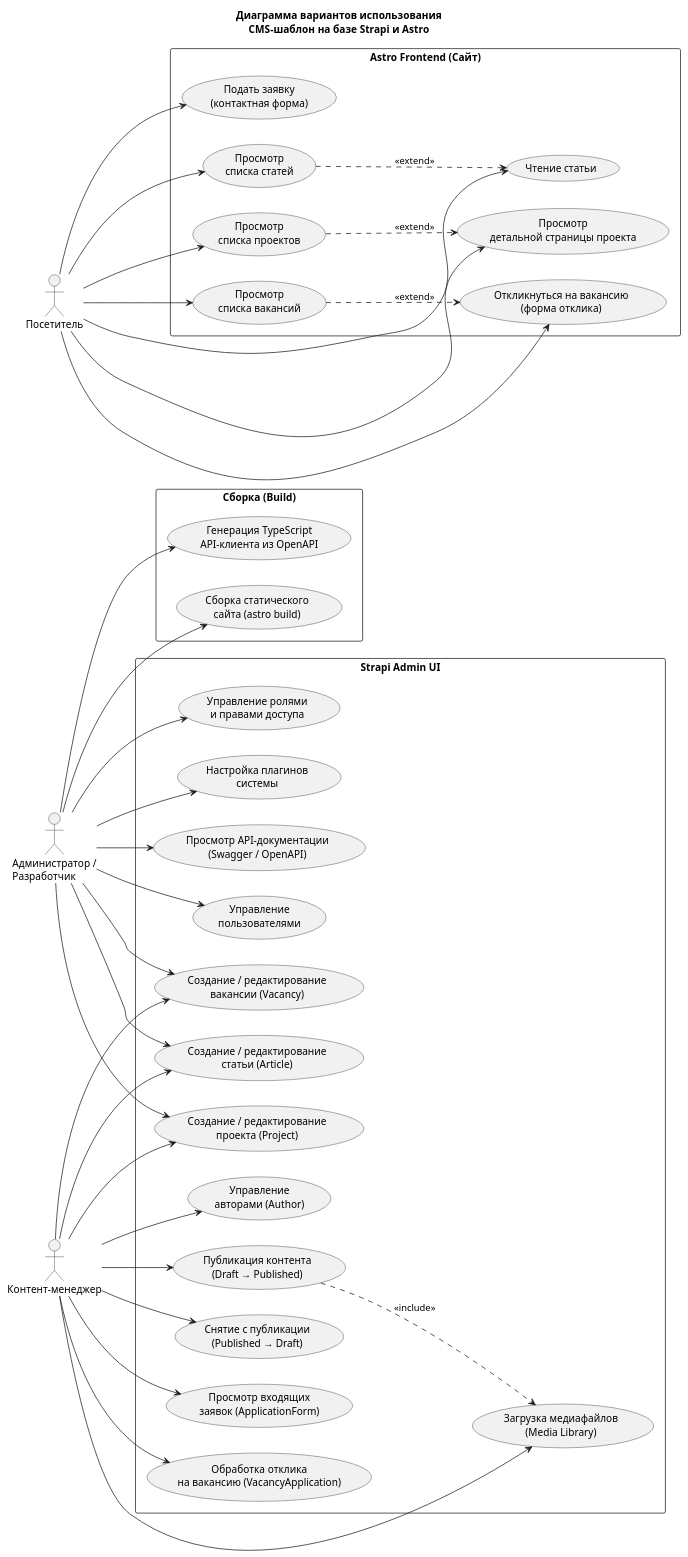
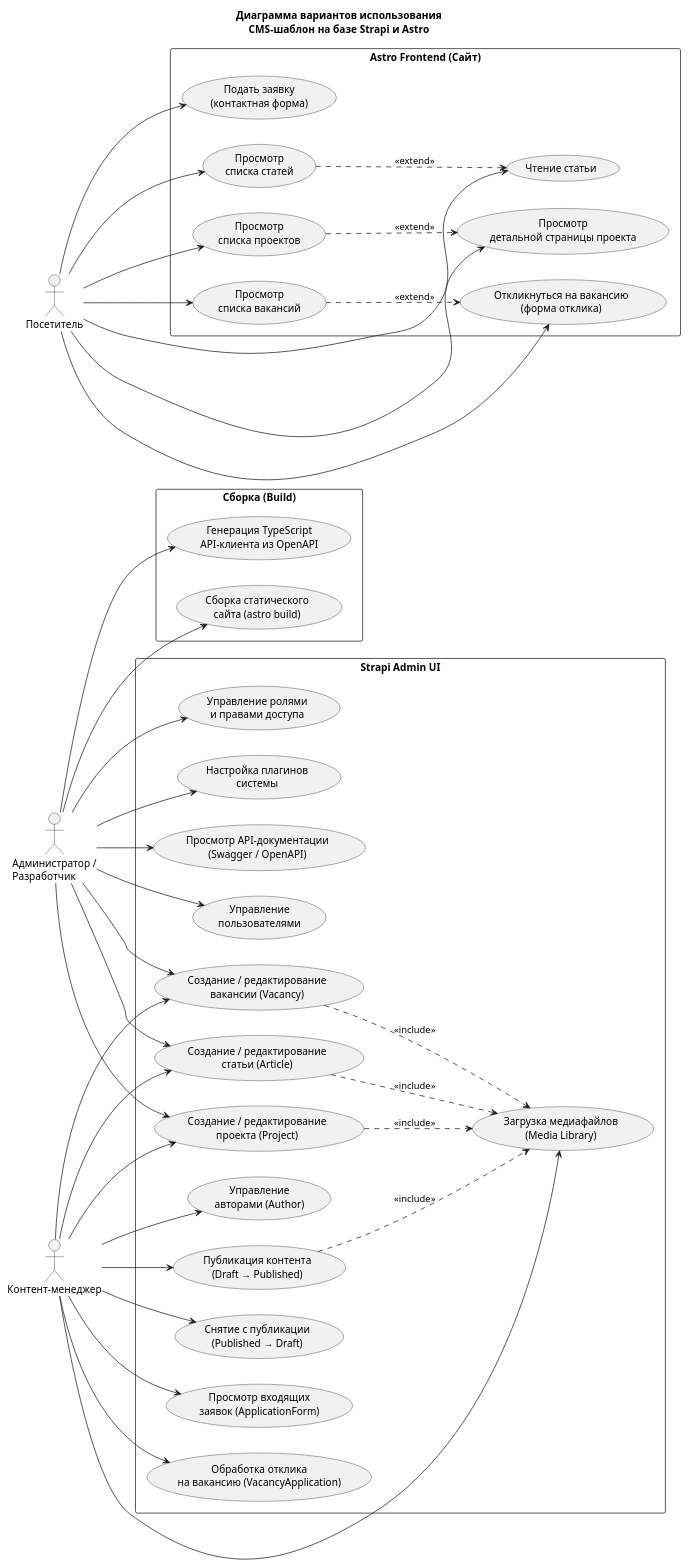
One commit to ArthurNyan/8sem_work changed the diagram in uml/01_use_case.puml. Above: the diagram before and after it, drawn with PlantUML. The commit also changed 7 other files, not shown here.

First line of the commit message:
Update UML diagrams and add project presentation materials

```diff
--- a/uml/01_use_case.puml
+++ b/uml/01_use_case.puml
@@ -1,85 +1,88 @@
 @startuml use_case
 
 title Диаграмма вариантов использования\nCMS-шаблон на базе Strapi и Astro
 
 left to right direction
 
 actor "Администратор /\nРазработчик" as Admin
 actor "Контент-менеджер" as CM
 actor "Посетитель" as Visitor
 
 rectangle "Strapi Admin UI" {
     usecase "Управление ролями\nи правами доступа" as UC_Roles
     usecase "Настройка плагинов\nсистемы" as UC_Plugins
     usecase "Просмотр API-документации\n(Swagger / OpenAPI)" as UC_Docs
     usecase "Управление\nпользователями" as UC_Users
 
     usecase "Создание / редактирование\nстатьи (Article)" as UC_Article
     usecase "Создание / редактирование\nпроекта (Project)" as UC_Project
     usecase "Создание / редактирование\nвакансии (Vacancy)" as UC_Vacancy
     usecase "Управление\nавторами (Author)" as UC_Author
     usecase "Загрузка медиафайлов\n(Media Library)" as UC_Media
     usecase "Публикация контента\n(Draft → Published)" as UC_Publish
     usecase "Снятие с публикации\n(Published → Draft)" as UC_Unpublish
     usecase "Просмотр входящих\nзаявок (ApplicationForm)" as UC_ViewApplications
     usecase "Обработка отклика\nна вакансию (VacancyApplication)" as UC_ViewVacancyApps
 }
 
 rectangle "Astro Frontend (Сайт)" {
     usecase "Просмотр\nсписка статей" as UC_Articles
     usecase "Чтение статьи" as UC_ArticleDetail
     usecase "Просмотр\nсписка проектов" as UC_Projects
     usecase "Просмотр\nдетальной страницы проекта" as UC_ProjectDetail
     usecase "Просмотр\nсписка вакансий" as UC_Vacancies
     usecase "Подать заявку\n(контактная форма)" as UC_ContactForm
     usecase "Откликнуться на вакансию\n(форма отклика)" as UC_VacancyForm
 }
 
 rectangle "Сборка (Build)" {
     usecase "Генерация TypeScript\nAPI-клиента из OpenAPI" as UC_GenAPI
     usecase "Сборка статического\nсайта (astro build)" as UC_Build
 }
 
 ' Администратор
 Admin --> UC_Roles
 Admin --> UC_Plugins
 Admin --> UC_Docs
 Admin --> UC_Users
 Admin --> UC_GenAPI
 Admin --> UC_Build
 
 ' Контент-менеджер
 CM --> UC_Article
 CM --> UC_Project
 CM --> UC_Vacancy
 CM --> UC_Author
 CM --> UC_Media
 CM --> UC_Publish
 CM --> UC_Unpublish
 
 ' Публикация включает загрузку медиа
 UC_Publish ..> UC_Media : <<include>>
+UC_Article ..> UC_Media : <<include>>
+UC_Project ..> UC_Media : <<include>>
+UC_Vacancy ..> UC_Media : <<include>>
 
 ' Посетитель
 Visitor --> UC_Articles
 Visitor --> UC_ArticleDetail
 Visitor --> UC_Projects
 Visitor --> UC_ProjectDetail
 Visitor --> UC_Vacancies
 Visitor --> UC_ContactForm
 Visitor --> UC_VacancyForm
 
 UC_Articles ..> UC_ArticleDetail : <<extend>>
 UC_Projects ..> UC_ProjectDetail : <<extend>>
 UC_Vacancies ..> UC_VacancyForm : <<extend>>
 
 ' Контент-менеджер обрабатывает входящие заявки
 CM --> UC_ViewApplications
 CM --> UC_ViewVacancyApps
 
 ' Администратор также может управлять контентом
 Admin --> UC_Article
 Admin --> UC_Project
 Admin --> UC_Vacancy
 
 @enduml
```
